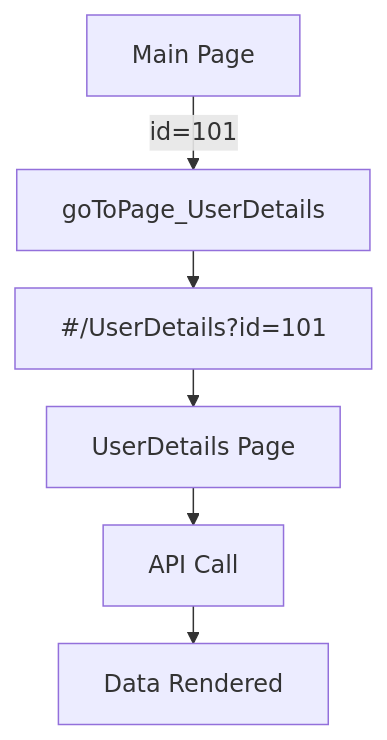
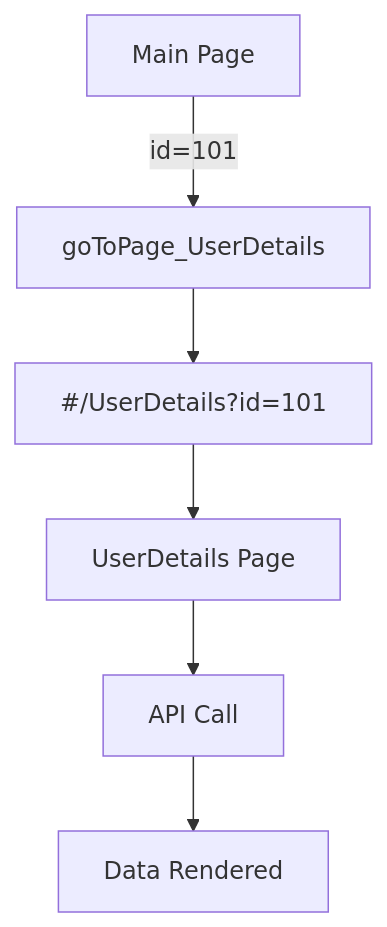
Before and after one commit to wavemaker-ai/docs: the diagram in docs/user-interfaces/mobile/develop/page/properties.mdx, drawn with Mermaid. The commit also changed 6 other files, not shown here.

Commit message:
removed inline mermaid styles

````diff
--- a/docs/user-interfaces/mobile/develop/page/properties.mdx
+++ b/docs/user-interfaces/mobile/develop/page/properties.mdx
@@ -86,16 +86,15 @@
   ```mermaid
-  %%{init: {'theme': 'default', 'flowchart': {'nodeSpacing': 20, 'rankSpacing': 25}}}%%
   flowchart TD
       A[Main Page]
       B[goToPage_UserDetails]
       C["#/UserDetails?id=101"]
       D[UserDetails Page]
       E[API Call]
       F[Data Rendered]
 
       A -->|id=101| B
       B --> C
       C --> D
       D --> E
       E --> F
   ```
````
